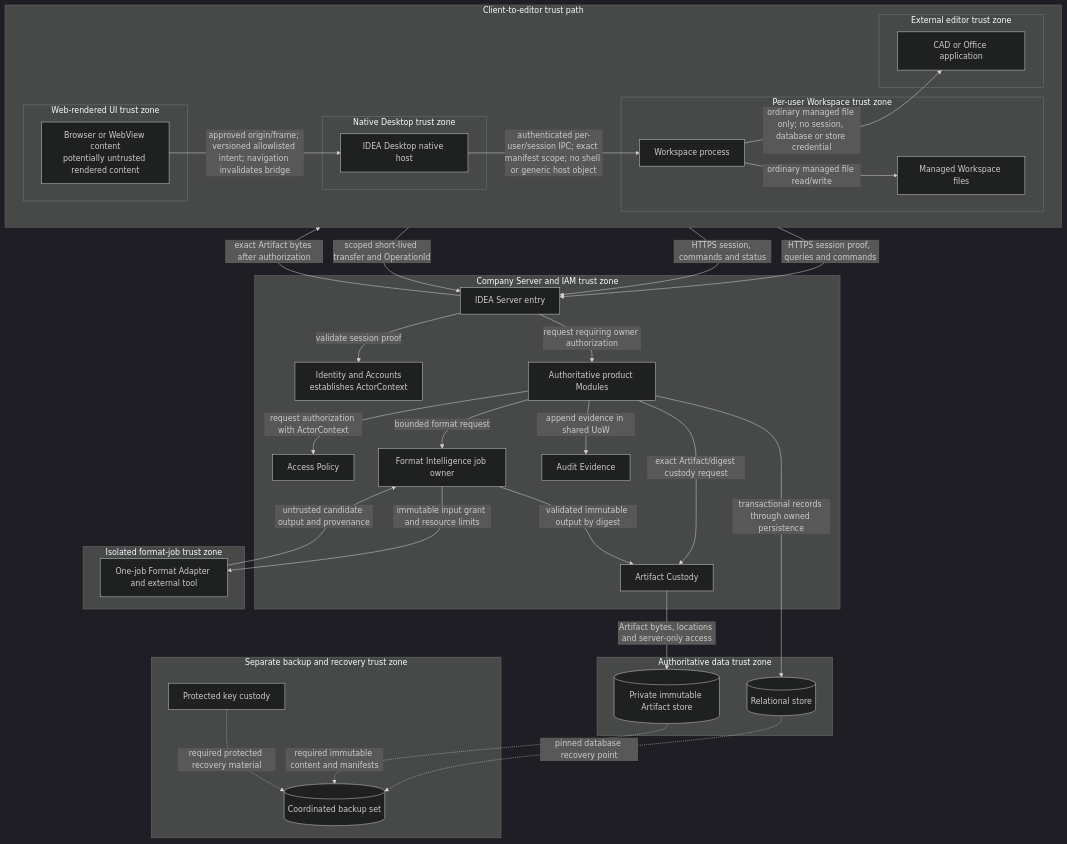
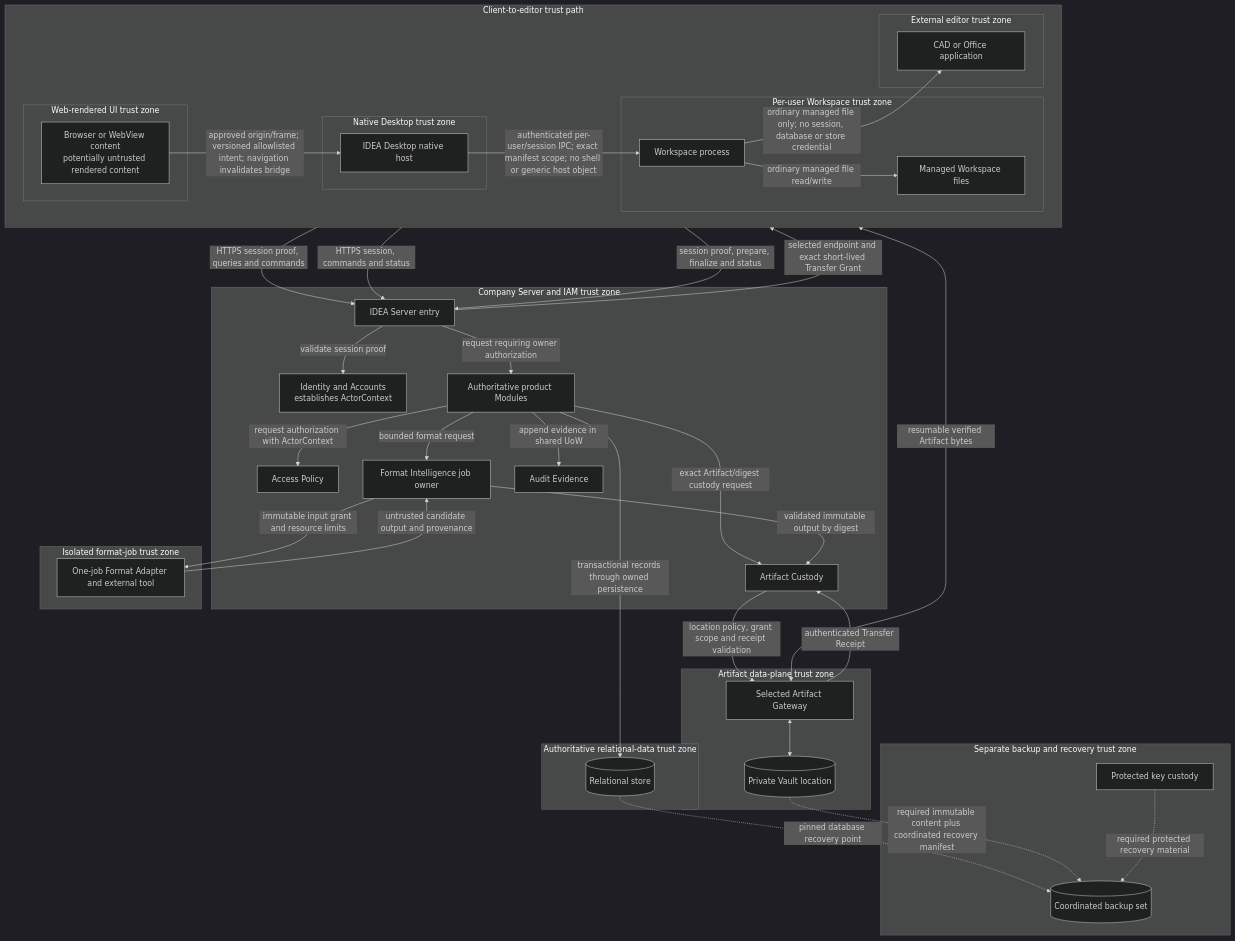
Diagram 28 of 28 in docs/product/instances/idea-engineering/DOC-05-architecture-description.md (devphuclam/IDEAEngineering), drawn with Mermaid (dark theme) before and after one commit. The commit also changed other lines of this file and 496 other files, not shown here.

Commit message:
docs: update vault architecture and clean repository evidence

````diff
--- a/docs/product/instances/idea-engineering/DOC-05-architecture-description.md
+++ b/docs/product/instances/idea-engineering/DOC-05-architecture-description.md
@@ -2355,73 +2529,80 @@
 ```mermaid
 flowchart TB
     accTitle: Protected data flow across trust zones
-    accDescr: Web-rendered content crosses a narrow bridge into the native Desktop host, which crosses authenticated manifest-scoped IPC into a per-user Workspace process, then ordinary managed files reach CAD or Office without IDEA authority. The required trust chain is WebView → Desktop → Workspace → CAD/Office, while Artifact bytes follow Store → Server → Workspace. Clients send session proof, never a trusted ActorId. Server/IAM establishes ActorContext before Access Policy and owner business gates revalidate. Artifact Custody owns private bytes and locations. Backup recovery stays restricted until exact data, independently evidenced security reconciliation and explicit reopening succeed.
+    accDescr: Web-rendered content crosses a narrow bridge into the native Desktop host, which crosses authenticated manifest-scoped IPC into a per-user Workspace process, then ordinary managed files reach CAD or Office without IDEA authority. Product commands and status follow Workspace → Server, while Artifact bytes follow Workspace ↔ selected Artifact Gateway ↔ Vault under an exact short-lived grant. Clients send session proof, never a trusted ActorId or permanent Vault credential. Server/IAM establishes ActorContext before Access Policy and owner gates revalidate. Upload or receipt success alone cannot publish. Backup recovery stays separate from Vault replicas.
 
     subgraph ClientPath[Client-to-editor trust path]
         direction LR
         subgraph WebZone[Web-rendered UI trust zone]
             WebView[Browser or WebView content<br/>potentially untrusted rendered content]
         end
 
         subgraph DesktopZone[Native Desktop trust zone]
             Desktop[IDEA Desktop native host]
         end
 
         subgraph WorkspaceZone[Per-user Workspace trust zone]
             Workspace[Workspace process]
             LocalFiles[Managed Workspace files]
             Workspace -->|ordinary managed file read/write| LocalFiles
         end
 
         subgraph EditorZone[External editor trust zone]
             Tools[CAD or Office application]
         end
 
         WebView -->|approved origin/frame; versioned allowlisted intent; navigation invalidates bridge| Desktop
         Desktop -->|authenticated per-user/session IPC; exact manifest scope; no shell or generic host object| Workspace
         Workspace -->|ordinary managed file only; no session, database or store credential| Tools
     end
 
     subgraph ServerZone[Company Server and IAM trust zone]
         Entry[IDEA Server entry]
         IAM[Identity and Accounts<br/>establishes ActorContext]
         Policy[Access Policy]
         Owners[Authoritative product Modules]
         Custody[Artifact Custody]
         Format[Format Intelligence job owner]
         Audit[Audit Evidence]
         Entry -->|validate session proof| IAM
         Entry -->|request requiring owner authorization| Owners
         Owners -->|request authorization with ActorContext| Policy
         Owners -->|exact Artifact/digest custody request| Custody
         Owners -->|bounded format request| Format
         Owners -->|append evidence in shared UoW| Audit
     end
 
-    subgraph DataZone[Authoritative data trust zone]
+    subgraph DataZone[Authoritative relational-data trust zone]
         DB[(Relational store)]
-        Artifact[(Private immutable Artifact store)]
+    end
+
+    subgraph VaultZone[Artifact data-plane trust zone]
+        Gateway[Selected Artifact Gateway]
+        Vault[(Private Vault location)]
+        Gateway <--> Vault
     end
 
     subgraph WorkerZone[Isolated format-job trust zone]
         Worker[One-job Format Adapter and external tool]
     end
 
     subgraph RecoveryZone[Separate backup and recovery trust zone]
         Backup[(Coordinated backup set)]
         Keys[Protected key custody]
     end
 
     WebView -->|HTTPS session proof, queries and commands| Entry
     Desktop -->|HTTPS session, commands and status| Entry
-    Workspace -->|scoped short-lived transfer and OperationId| Entry
-    Entry -->|exact Artifact bytes after authorization| Workspace
+    Workspace -->|session proof, prepare, finalize and status| Entry
+    Entry -->|selected endpoint and exact short-lived Transfer Grant| Workspace
+    Workspace <-->|resumable verified Artifact bytes| Gateway
+    Gateway -->|authenticated Transfer Receipt| Custody
     Owners -->|transactional records through owned persistence| DB
-    Custody -->|Artifact bytes, locations and server-only access| Artifact
+    Custody -->|location policy, grant scope and receipt validation| Gateway
     Format -->|immutable input grant and resource limits| Worker
     Worker -->|untrusted candidate output and provenance| Format
     Format -->|validated immutable output by digest| Custody
     DB -.->|pinned database recovery point| Backup
-    Artifact -.->|required immutable content and manifests| Backup
+    Vault -.->|required immutable content plus coordinated recovery manifest| Backup
     Keys -.->|required protected recovery material| Backup
 ```
````
